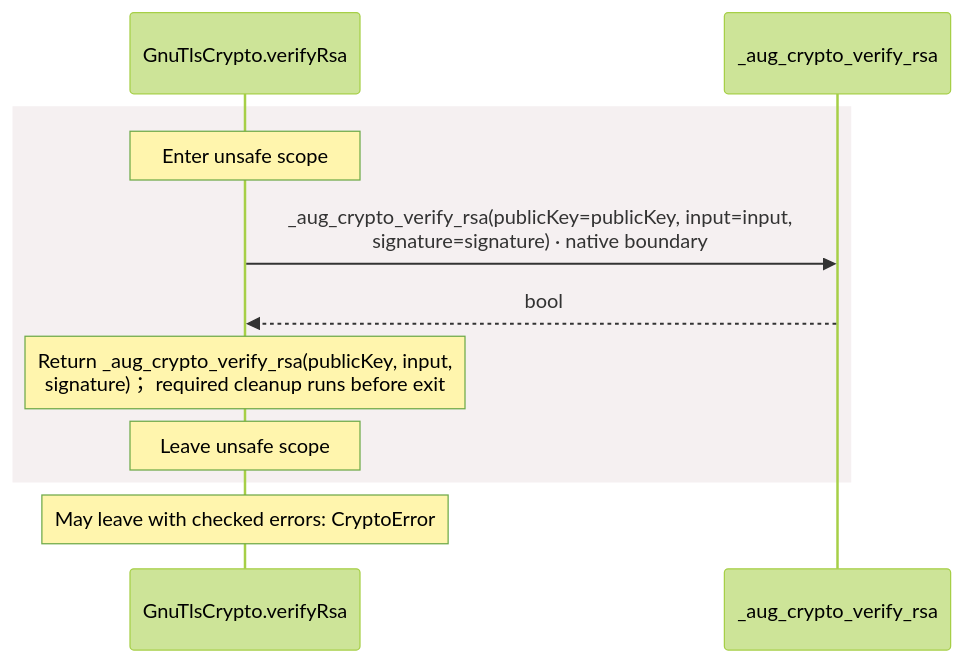
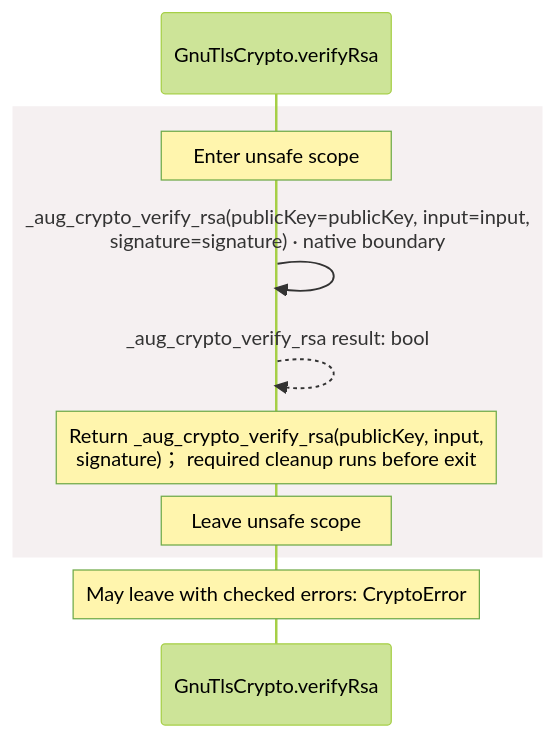
One commit to GreenPandaStudios/augscript changed the eighth of 13 diagrams in docs/examples/oidc-login/dependencies/packages/@git/url_9ef654c66d34ab8f5527/0.0.0-git.b14a0f9aa41f1ce58bd51133bcdc424033e40d40/contracts-diagrams.md. Above: the diagram before and after it, drawn with Mermaid (forest theme). The commit also changed other lines of this file and 304 other files, not shown here.

Commit message:
Make generated data-flow sequences concise and review every diagram

````diff
--- a/docs/examples/oidc-login/dependencies/packages/@git/url_9ef654c66d34ab8f5527/0.0.0-git.b14a0f9aa41f1ce58bd51133bcdc424033e40d40/contracts-diagrams.md
+++ b/docs/examples/oidc-login/dependencies/packages/@git/url_9ef654c66d34ab8f5527/0.0.0-git.b14a0f9aa41f1ce58bd51133bcdc424033e40d40/contracts-diagrams.md
@@ -391,13 +354,13 @@
 ```mermaid
 sequenceDiagram
     participant p0 as GnuTlsCrypto.verifyRsa
-    participant p1 as _aug_crypto_verify_rsa
+
     rect rgb(245, 240, 241)
     Note over p0: Enter unsafe scope
-    p0->>p1: _aug_crypto_verify_rsa(publicKey=publicKey, input=input,<br/>signature=signature) · native boundary
-    p1-->>p0: bool
+    p0->>p0: _aug_crypto_verify_rsa(publicKey=publicKey, input=input,<br/>signature=signature) · native boundary
+    p0-->>p0: _aug_crypto_verify_rsa result: bool
     Note over p0: Return _aug_crypto_verify_rsa(publicKey, input,<br/>signature)； required cleanup runs before exit
     Note over p0: Leave unsafe scope
     end
     Note over p0: May leave with checked errors: CryptoError
 ```
````
